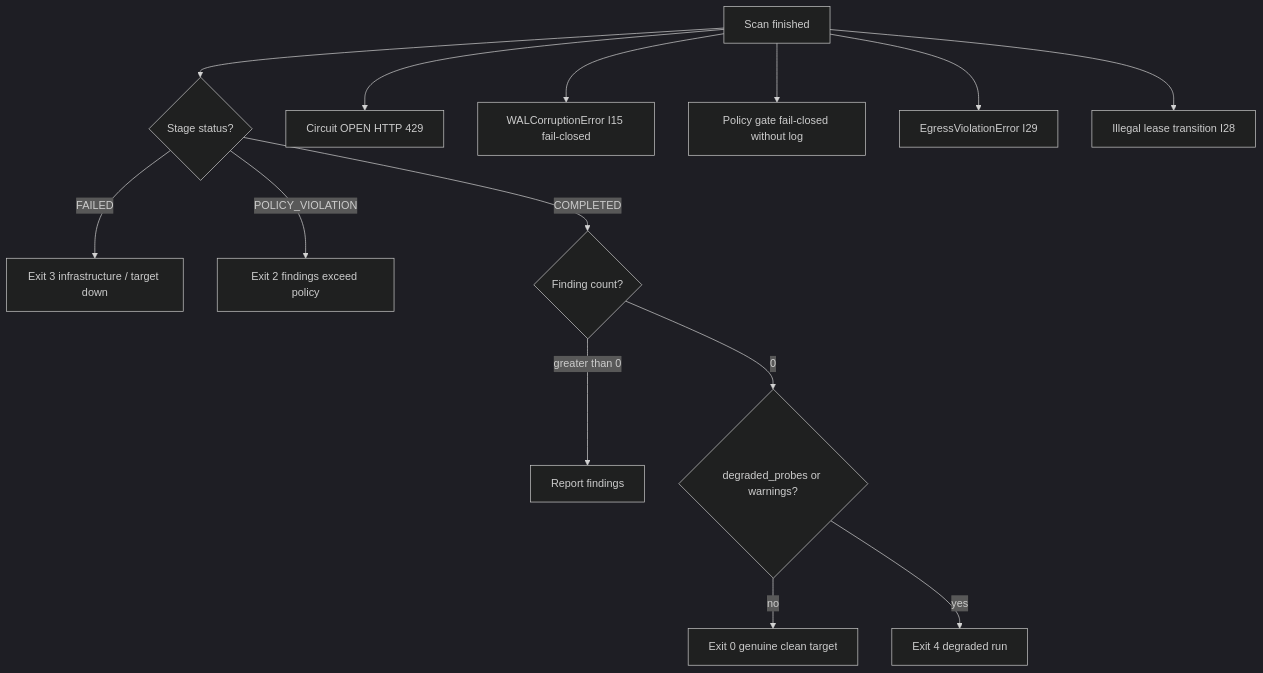
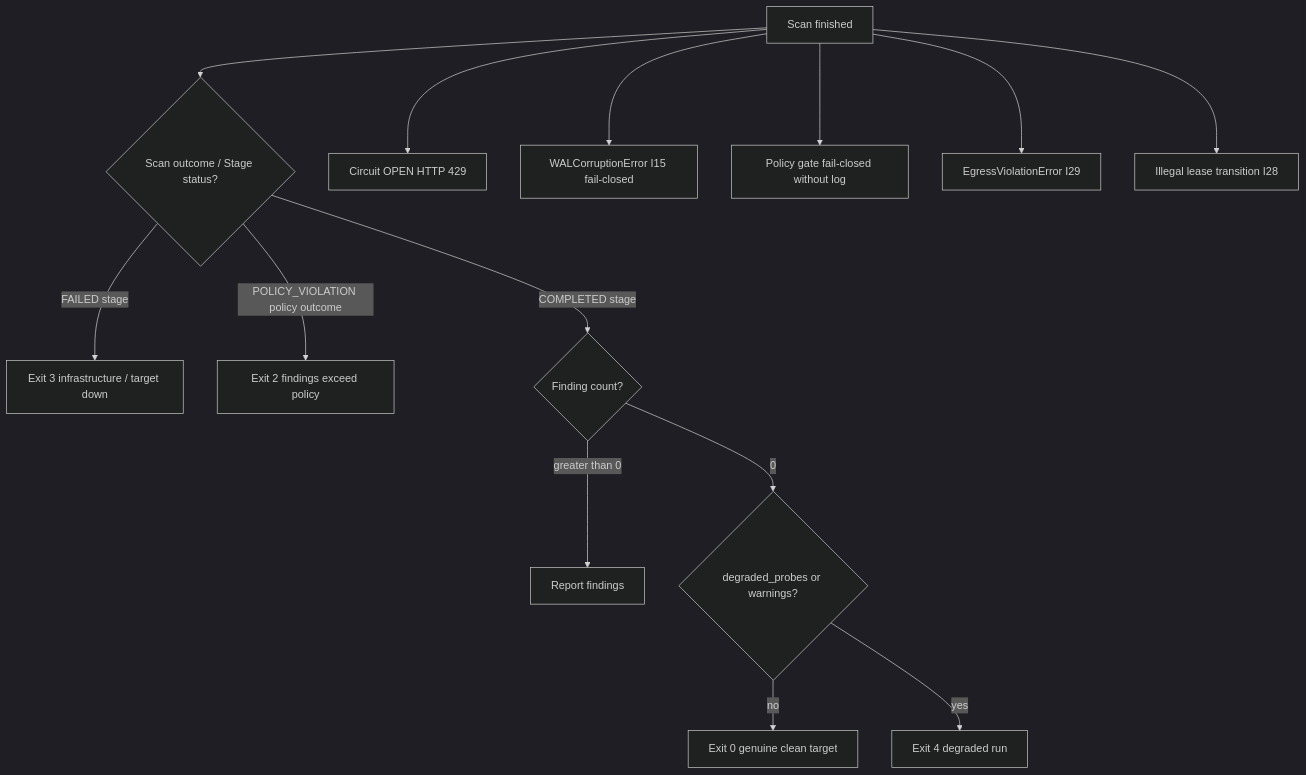
Before and after one commit to AviralGup7/Singularity-Zero: the eighth of 15 diagrams in docs/flowchart.md, drawn with Mermaid (dark theme). The commit also changed other lines of this file, not shown here.

Commit message:
docs(flowchart): align atlas with live STAGE_GRAPH, SM transitions, I35 recovery branches, and CI structure

````diff
--- a/docs/flowchart.md
+++ b/docs/flowchart.md
@@ -325,16 +348,16 @@
 ```mermaid
 flowchart TD
-    Run["Scan finished"] --> Q1{"Stage status?"}
-    Q1 -->|FAILED| Infra["Exit 3 infrastructure / target down"]
-    Q1 -->|POLICY_VIOLATION| Vuln["Exit 2 findings exceed policy"]
-    Q1 -->|COMPLETED| Q2{"Finding count?"}
+    Run["Scan finished"] --> Q1{"Scan outcome / Stage status?"}
+    Q1 -->|FAILED stage| Infra["Exit 3 infrastructure / target down"]
+    Q1 -->|POLICY_VIOLATION policy outcome| Vuln["Exit 2 findings exceed policy"]
+    Q1 -->|COMPLETED stage| Q2{"Finding count?"}
     Q2 -->|greater than 0| Report["Report findings"]
     Q2 -->|0| Q3{"degraded_probes or warnings?"}
     Q3 -->|no| Clean["Exit 0 genuine clean target"]
     Q3 -->|yes| Deg["Exit 4 degraded run"]
     Run --> CB["Circuit OPEN HTTP 429"]
     Run --> WAL["WALCorruptionError I15 fail-closed"]
     Run --> Pol["Policy gate fail-closed without log"]
     Run --> Egress["EgressViolationError I29"]
     Run --> Lease["Illegal lease transition I28"]
 ```
````
